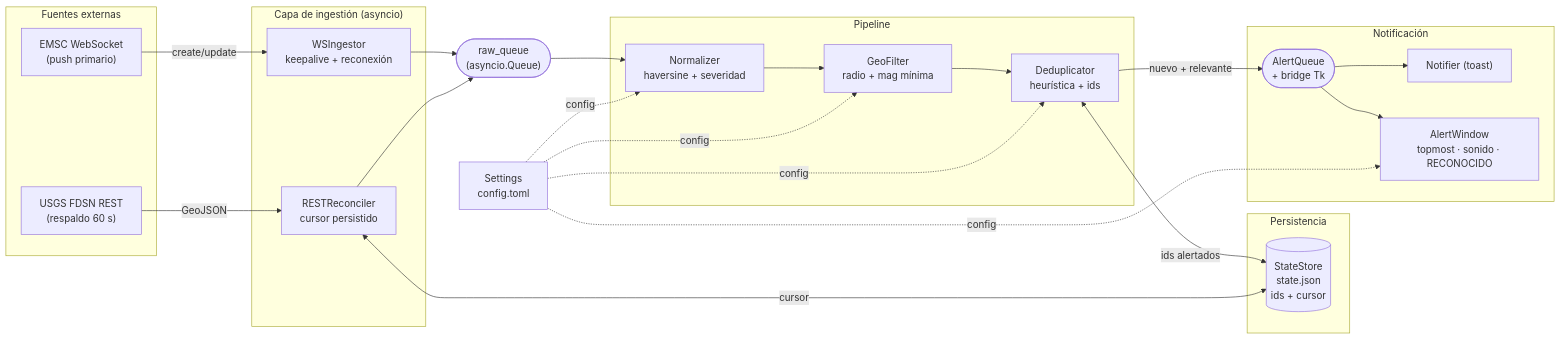
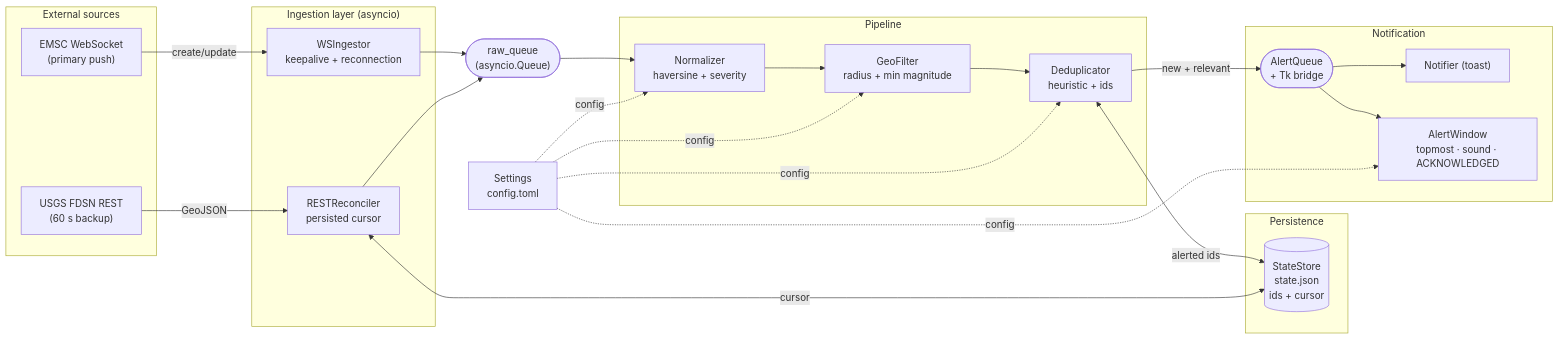
The first of 5 diagrams in ARCHITECTURE.md (ecrespo/vigia-eew), drawn with Mermaid before and after one commit. The commit also changed other lines of this file and 88 other files, not shown here.

````diff
--- a/ARCHITECTURE.md
+++ b/ARCHITECTURE.md
@@ -43,47 +43,47 @@
 ```mermaid
 flowchart LR
-    subgraph Fuentes["Fuentes externas"]
-        EMSC["EMSC WebSocket<br/>(push primario)"]
-        USGS["USGS FDSN REST<br/>(respaldo 60 s)"]
+    subgraph Fuentes["External sources"]
+        EMSC["EMSC WebSocket<br/>(primary push)"]
+        USGS["USGS FDSN REST<br/>(60 s backup)"]
     end
 
-    subgraph Ingesta["Capa de ingestión (asyncio)"]
-        WS["WSIngestor<br/>keepalive + reconexión"]
-        REST["RESTReconciler<br/>cursor persistido"]
+    subgraph Ingesta["Ingestion layer (asyncio)"]
+        WS["WSIngestor<br/>keepalive + reconnection"]
+        REST["RESTReconciler<br/>persisted cursor"]
     end
 
     Q(["raw_queue<br/>(asyncio.Queue)"])
 
     subgraph Pipeline["Pipeline"]
-        NORM["Normalizer<br/>haversine + severidad"]
-        FILT["GeoFilter<br/>radio + mag mínima"]
-        DEDUP["Deduplicator<br/>heurística + ids"]
+        NORM["Normalizer<br/>haversine + severity"]
+        FILT["GeoFilter<br/>radius + min magnitude"]
+        DEDUP["Deduplicator<br/>heuristic + ids"]
     end
 
-    subgraph Estado["Persistencia"]
+    subgraph Estado["Persistence"]
         STATE[("StateStore<br/>state.json<br/>ids + cursor")]
     end
 
-    subgraph Notif["Notificación"]
-        AQ(["AlertQueue<br/>+ bridge Tk"])
+    subgraph Notif["Notification"]
+        AQ(["AlertQueue<br/>+ Tk bridge"])
         TOAST["Notifier (toast)"]
-        WIN["AlertWindow<br/>topmost · sonido · RECONOCIDO"]
+        WIN["AlertWindow<br/>topmost · sound · ACKNOWLEDGED"]
     end
 
     CFG["Settings<br/>config.toml"]
 
     EMSC -->|create/update| WS
     USGS -->|GeoJSON| REST
     WS --> Q
     REST --> Q
     Q --> NORM --> FILT --> DEDUP
-    DEDUP -->|nuevo + relevante| AQ
+    DEDUP -->|new + relevant| AQ
     AQ --> TOAST
     AQ --> WIN
-    DEDUP <-->|ids alertados| STATE
+    DEDUP <-->|alerted ids| STATE
     REST <-->|cursor| STATE
     CFG -.config.-> NORM
     CFG -.config.-> FILT
     CFG -.config.-> DEDUP
     CFG -.config.-> WIN
 ```
````
